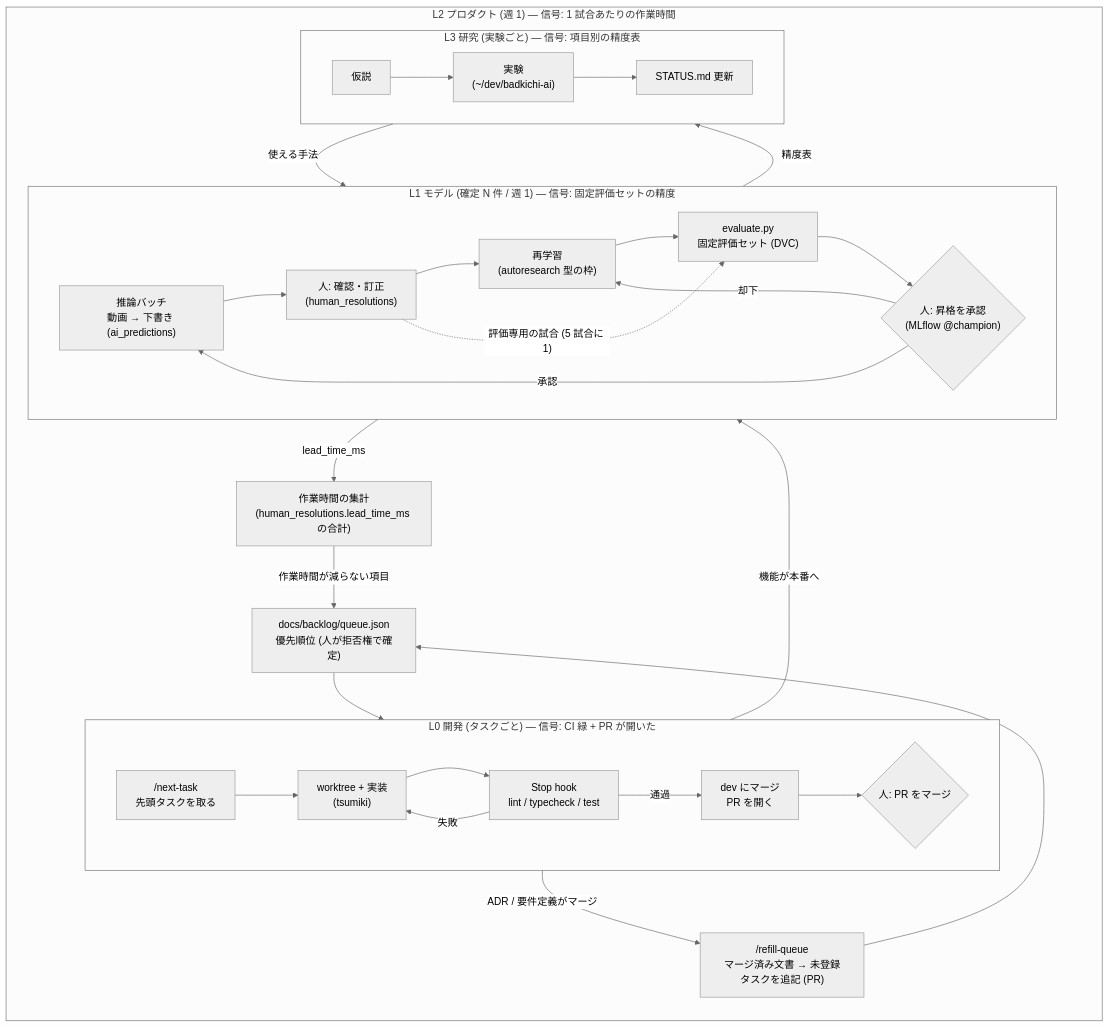
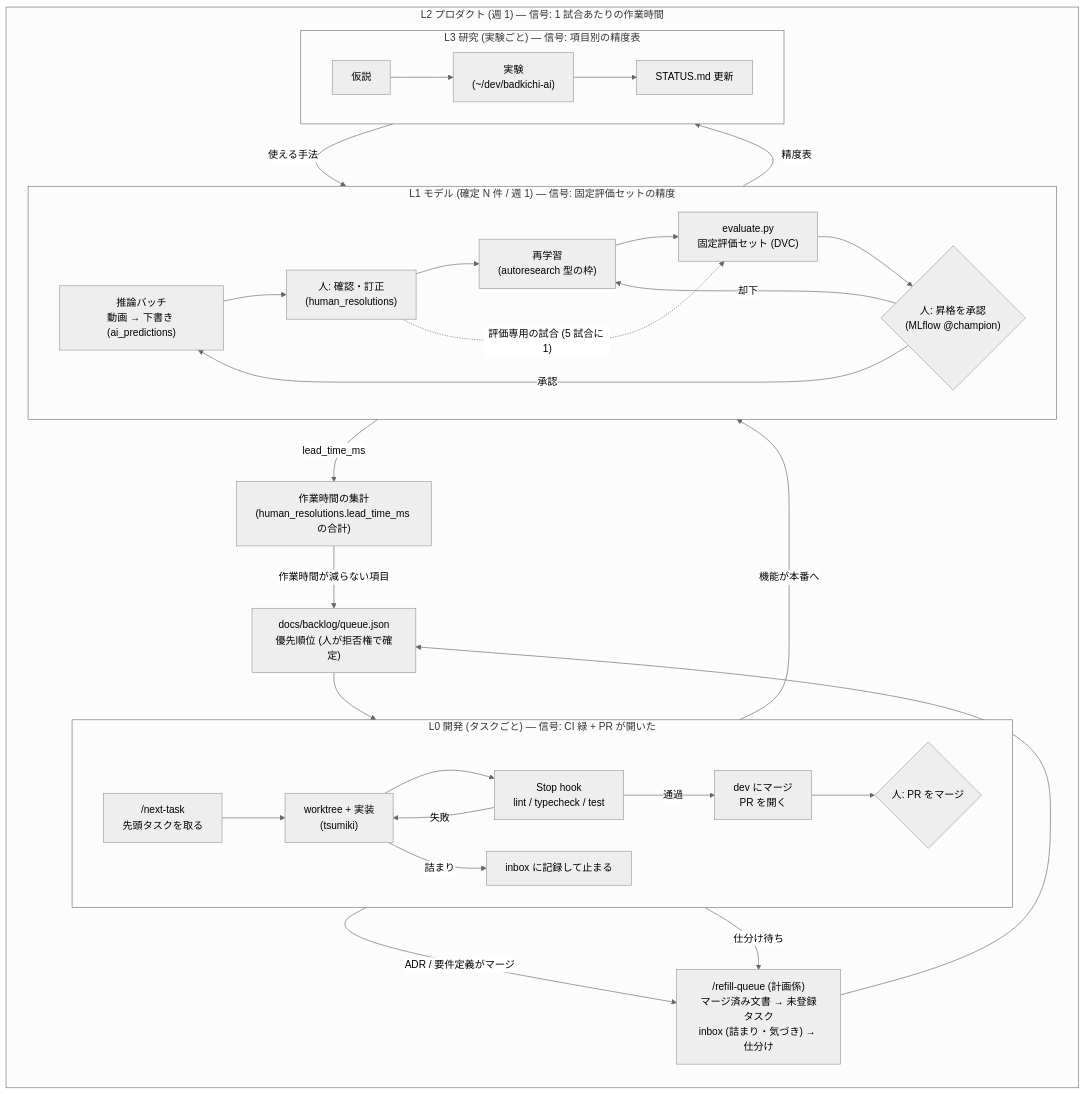
One commit to kotatsuwarming-blip/badkichi changed the diagram in docs/decisions/020-ai-first-input-and-loop-engineering.md. Above: the diagram before and after it, drawn with Mermaid (neutral theme). The commit also changed other lines of this file, not shown here.

First line of the commit message:
docs(adr): ADR-020 §4 を実行係 / 計画係の分離に合わせて更新 (inbox、ADR の流れ、図)

````diff
--- a/docs/decisions/020-ai-first-input-and-loop-engineering.md
+++ b/docs/decisions/020-ai-first-input-and-loop-engineering.md
@@ -161,39 +161,41 @@
 ```mermaid
 flowchart TB
     subgraph L2["L2 プロダクト (週 1) — 信号: 1 試合あたりの作業時間"]
         direction TB
         T["作業時間の集計<br>(human_resolutions.lead_time_ms の合計)"]
-        R["/refill-queue<br>マージ済み文書 → 未登録タスクを追記 (PR)"]
+        R["/refill-queue (計画係)<br>マージ済み文書 → 未登録タスク<br>inbox (詰まり・気づき) → 仕分け"]
         Q["docs/backlog/queue.json<br>優先順位 (人が拒否権で確定)"]
         R --> Q
         subgraph L0["L0 開発 (タスクごと) — 信号: CI 緑 + PR が開いた"]
             direction LR
             A["/next-task<br>先頭タスクを取る"] --> B["worktree + 実装<br>(tsumiki)"]
             B --> C["Stop hook<br>lint / typecheck / test"]
             C -- 失敗 --> B
             C -- 通過 --> D["dev にマージ<br>PR を開く"]
             D --> E{"人: PR をマージ"}
+            B -- 詰まり --> X["inbox に記録して止まる"]
         end
         subgraph L1["L1 モデル (確定 N 件 / 週 1) — 信号: 固定評価セットの精度"]
             direction LR
             F["推論バッチ<br>動画 → 下書き (ai_predictions)"] --> G["人: 確認・訂正<br>(human_resolutions)"]
             G --> H["再学習<br>(autoresearch 型の枠)"]
             H --> I["evaluate.py<br>固定評価セット (DVC)"]
             I --> J{"人: 昇格を承認<br>(MLflow @champion)"}
             J -- 承認 --> F
             J -- 却下 --> H
         end
         subgraph L3["L3 研究 (実験ごと) — 信号: 項目別の精度表"]
             direction LR
             K["仮説"] --> L["実験<br>(~/dev/badkichi-ai)"] --> M["STATUS.md 更新"]
         end
     end
     E -- 機能が本番へ --> F
     E -- ADR / 要件定義がマージ --> R
+    X -- 仕分け待ち --> R
     G -- lead_time_ms --> T
     T -- 作業時間が減らない項目 --> Q
     Q --> A
     I -- 精度表 --> M
     M -- 使える手法 --> H
     G -. 評価専用の試合 (5 試合に 1) .-> I
 ```
````
